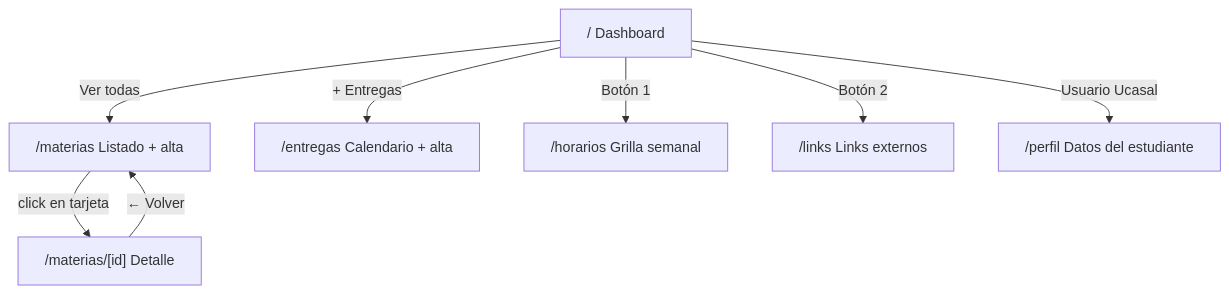
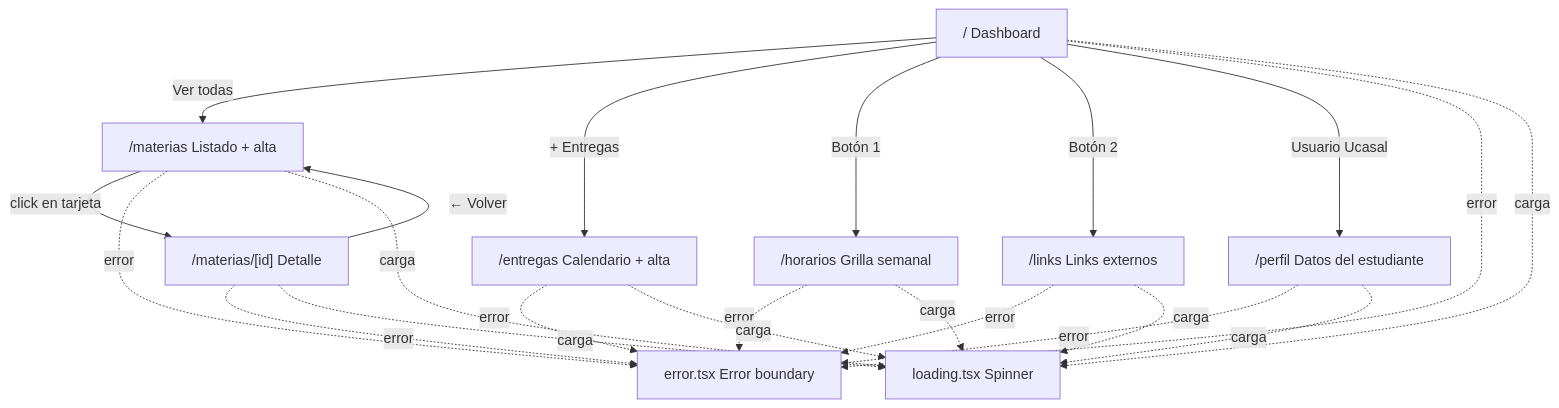
Before and after one commit to lautioliver/UcaNode: the sixth of 6 diagrams in README.md, drawn with Mermaid. The commit also changed other lines of this file and 30 other files, not shown here.

Commit message:
Add error/loading/not-found pages, forms, schemas, theme toggle, rate limit, robots/sitemap, and vitest config

````diff
--- a/README.md
+++ b/README.md
@@ -279,18 +332,23 @@
 ```mermaid
 flowchart TD
     Root["/  Dashboard"]
     Mat["/materias  Listado + alta"]
     MatId["/materias/[id]  Detalle"]
     Ent["/entregas  Calendario + alta"]
     Hor["/horarios  Grilla semanal"]
     Lnk["/links  Links externos"]
     Per["/perfil  Datos del estudiante"]
+    Err["error.tsx  Error boundary"]
+    Ld["loading.tsx  Spinner"]
 
     Root -->|"Ver todas"| Mat
     Root -->|"+ Entregas"| Ent
     Root -->|"Botón 1"| Hor
     Root -->|"Botón 2"| Lnk
     Root -->|"Usuario Ucasal"| Per
     Mat -->|"click en tarjeta"| MatId
     MatId -->|"← Volver"| Mat
+
+    Root & Mat & MatId & Ent & Hor & Lnk & Per -.->|"error"| Err
+    Root & Mat & MatId & Ent & Hor & Lnk & Per -.->|"carga"| Ld
 ```
````
